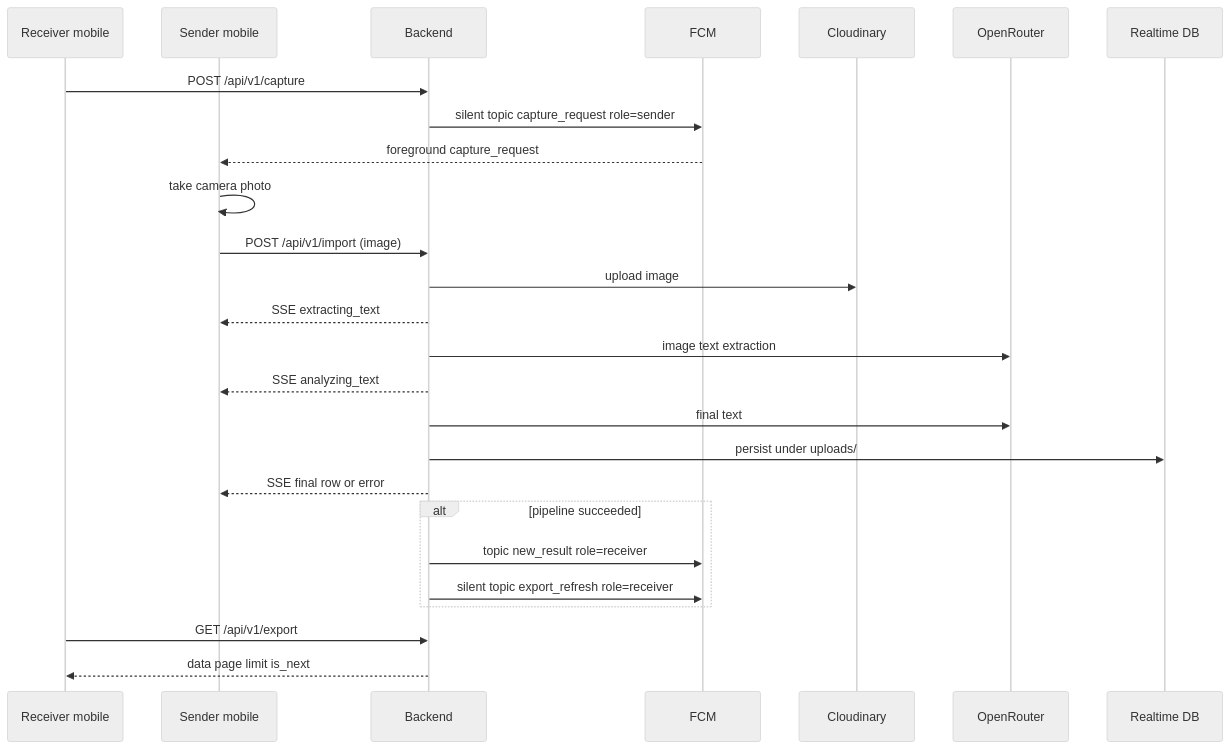
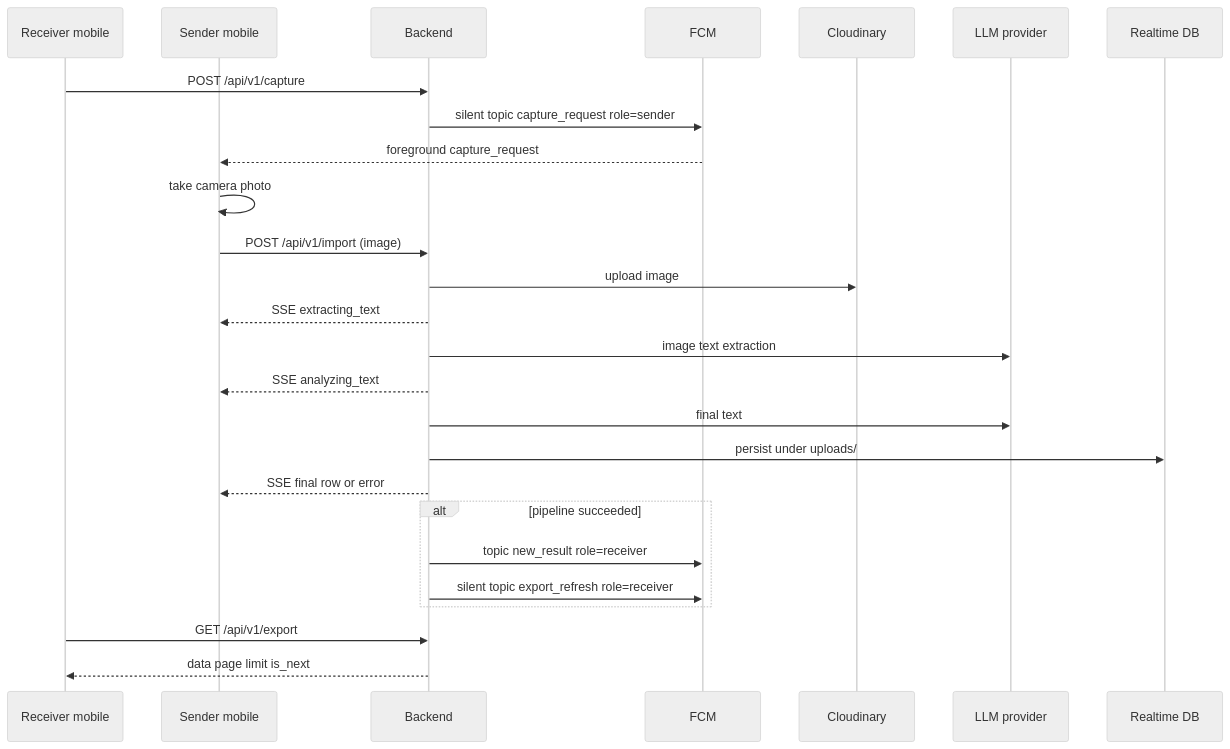
Before and after one commit to lowjungxuandev/GRIM: the diagram in docs/workflow.md, drawn with Mermaid (neutral theme). The commit also changed other lines of this file and 32 other files, not shown here.

````diff
--- a/docs/workflow.md
+++ b/docs/workflow.md
@@ -16,28 +16,28 @@
 ```mermaid
 sequenceDiagram
   participant RCV as Receiver mobile
   participant SND as Sender mobile
   participant B as Backend
   participant F as FCM
   participant C as Cloudinary
-  participant O as OpenRouter
+  participant L as LLM provider
   participant DB as Realtime DB
   RCV->>B: POST /api/v1/capture
   B->>F: silent topic capture_request role=sender
   F-->>SND: foreground capture_request
   SND->>SND: take camera photo
   SND->>B: POST /api/v1/import (image)
   B->>C: upload image
   B-->>SND: SSE extracting_text
-  B->>O: image text extraction
+  B->>L: image text extraction
   B-->>SND: SSE analyzing_text
-  B->>O: final text
+  B->>L: final text
   B->>DB: persist under uploads/
   B-->>SND: SSE final row or error
   alt pipeline succeeded
     B->>F: topic new_result role=receiver
     B->>F: silent topic export_refresh role=receiver
   end
   RCV->>B: GET /api/v1/export
   B-->>RCV: data page limit is_next
 ```
````
